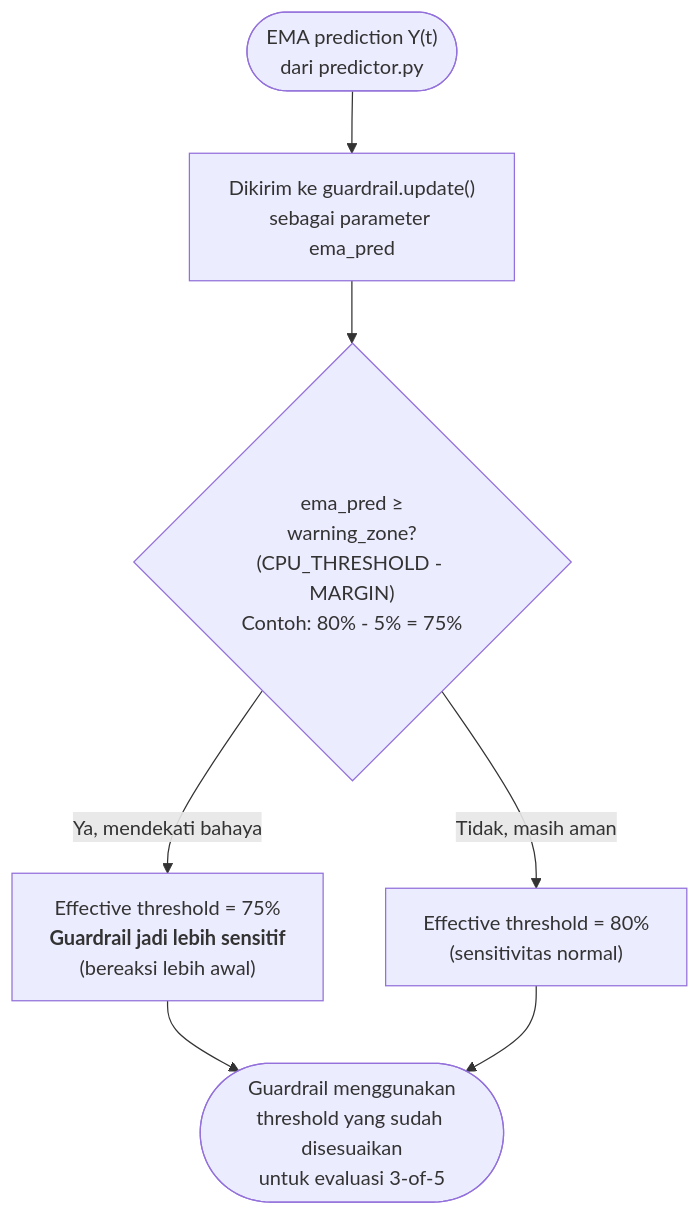
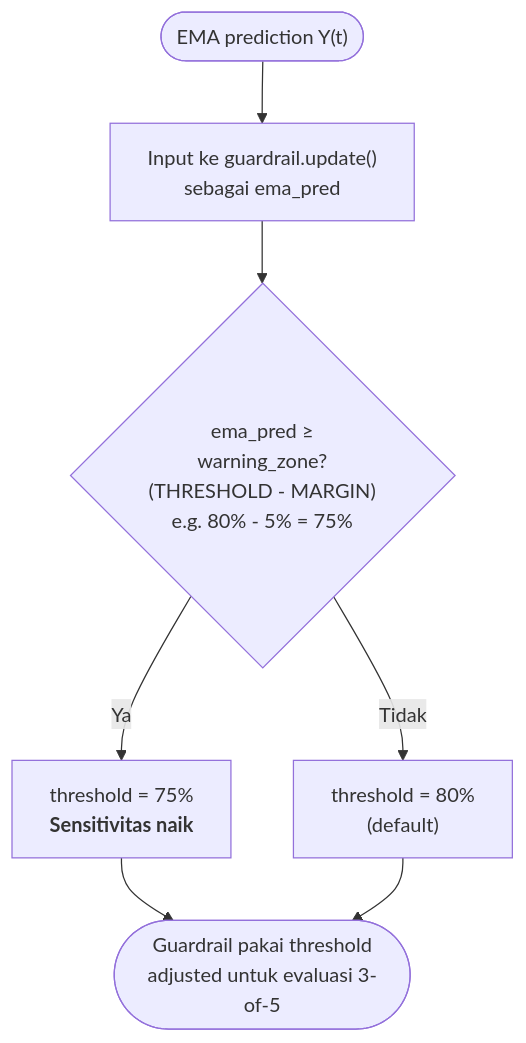
One commit to fauzanreza/green-container-framework changed the second of 4 diagrams in architecture-diagrams/layer-3-control/03_ema_predictor.md. Above: the diagram before and after it, drawn with Mermaid. The commit also changed other lines of this file and 13 other files, not shown here.

Commit message:
edit fitur, menambahkan Architecture Diagram

````diff
--- a/architecture-diagrams/layer-3-control/03_ema_predictor.md
+++ b/architecture-diagrams/layer-3-control/03_ema_predictor.md
@@ -40,20 +40,20 @@
 ```mermaid
 flowchart TD
-    EMA_INPUT(["EMA prediction Y(t)<br/>dari predictor.py"])
+    EMA_INPUT(["EMA prediction Y(t)"])
 
-    FEED["Dikirim ke guardrail.update()<br/>sebagai parameter ema_pred"]
+    FEED["Input ke guardrail.update()<br/>sebagai ema_pred"]
 
-    CHECK{"ema_pred ≥<br/>warning_zone?<br/>(CPU_THRESHOLD - MARGIN)<br/>Contoh: 80% - 5% = 75%"}
+    CHECK{"ema_pred ≥<br/>warning_zone?<br/>(THRESHOLD - MARGIN)<br/>e.g. 80% - 5% = 75%"}
 
-    LOWER["Effective threshold = 75%<br/><b>Guardrail jadi lebih sensitif</b><br/>(bereaksi lebih awal)"]
-    NORMAL["Effective threshold = 80%<br/>(sensitivitas normal)"]
+    LOWER["threshold = 75%<br/><b>Sensitivitas naik</b>"]
+    NORMAL["threshold = 80%<br/>(default)"]
 
-    RESULT(["Guardrail menggunakan<br/>threshold yang sudah disesuaikan<br/>untuk evaluasi 3-of-5"])
+    RESULT(["Guardrail pakai threshold<br/>adjusted untuk evaluasi 3-of-5"])
 
     EMA_INPUT --> FEED
     FEED --> CHECK
-    CHECK -->|Ya, mendekati bahaya| LOWER
-    CHECK -->|Tidak, masih aman| NORMAL
+    CHECK -->|Ya| LOWER
+    CHECK -->|Tidak| NORMAL
     LOWER --> RESULT
     NORMAL --> RESULT
 ```
````
